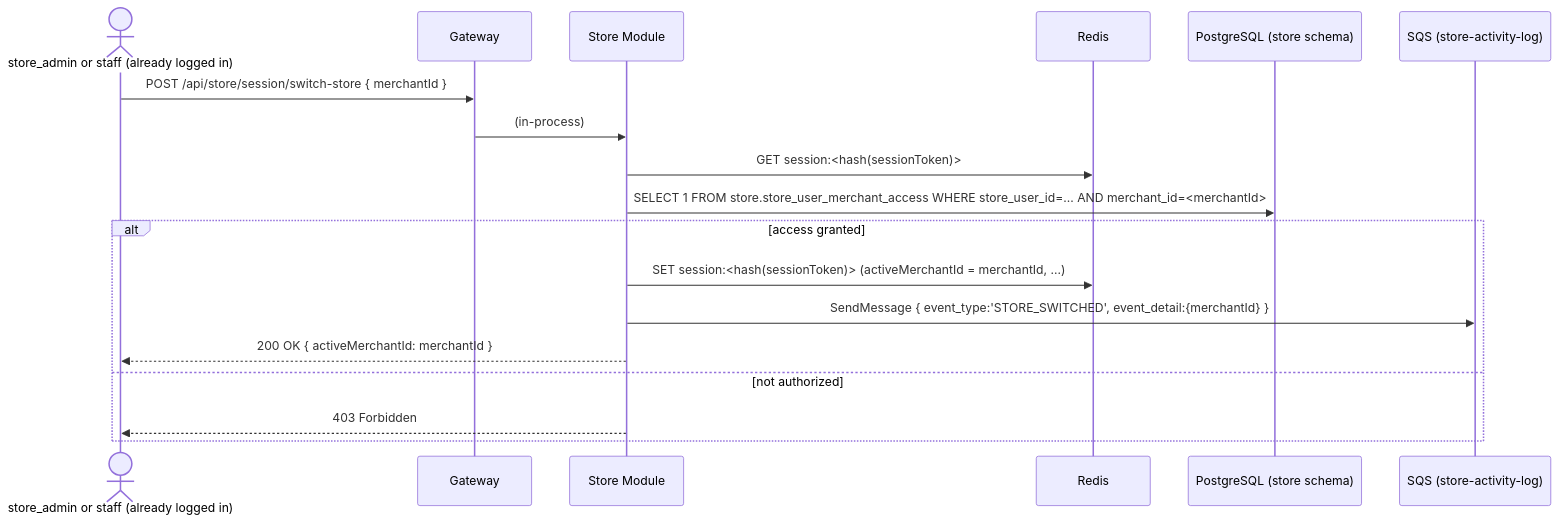
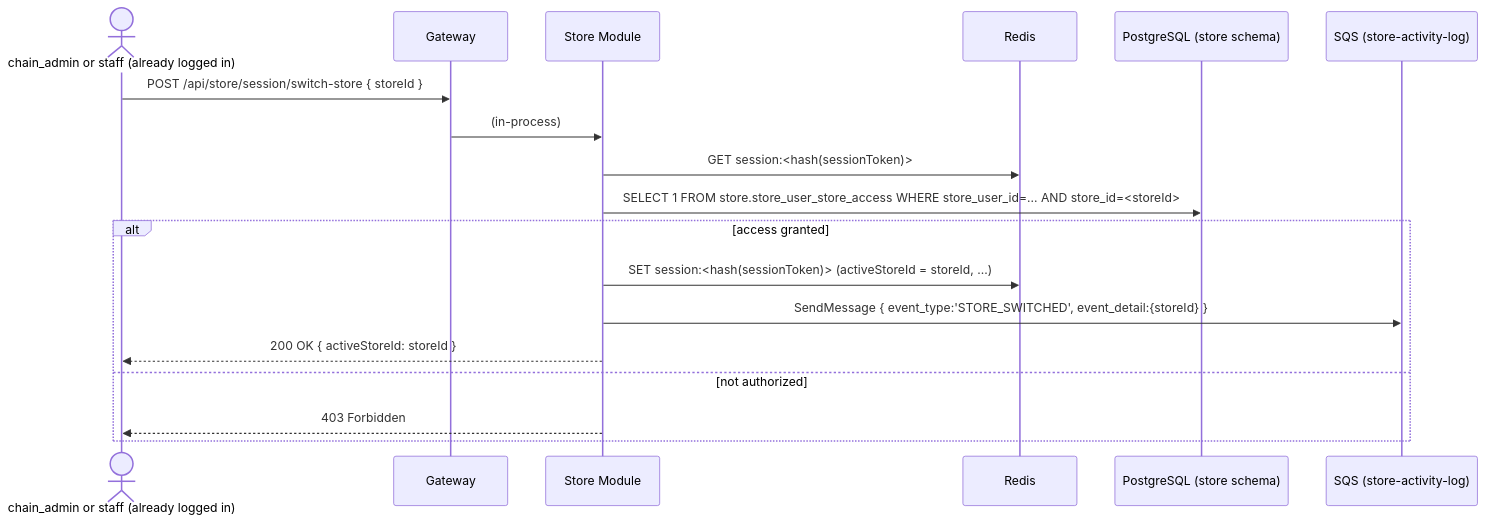
One commit to szhanggit/appointmentsystemdesign changed the sixth of 6 diagrams in usercasestudy/growayshop-registration-workflow.md. Above: the diagram before and after it, drawn with Mermaid. The commit also changed other lines of this file and 6 other files, not shown here.

Commit message:
merchant -> chain

````diff
--- a/usercasestudy/growayshop-registration-workflow.md
+++ b/usercasestudy/growayshop-registration-workflow.md
@@ -261,21 +323,21 @@
 ```mermaid
 sequenceDiagram
-    actor U as store_admin or staff (already logged in)
+    actor U as chain_admin or staff (already logged in)
     participant GW as Gateway
     participant SM as Store Module
     participant REDIS as Redis
     participant DB as PostgreSQL (store schema)
     participant SQSQ as SQS (store-activity-log)
 
-    U->>GW: POST /api/store/session/switch-store { merchantId }
+    U->>GW: POST /api/store/session/switch-store { storeId }
     GW->>SM: (in-process)
     SM->>REDIS: GET session:<hash(sessionToken)>
-    SM->>DB: SELECT 1 FROM store.store_user_merchant_access WHERE store_user_id=... AND merchant_id=<merchantId>
+    SM->>DB: SELECT 1 FROM store.store_user_store_access WHERE store_user_id=... AND store_id=<storeId>
     alt access granted
-        SM->>REDIS: SET session:<hash(sessionToken)> (activeMerchantId = merchantId, ...)
-        SM->>SQSQ: SendMessage { event_type:'STORE_SWITCHED', event_detail:{merchantId} }
-        SM-->>U: 200 OK { activeMerchantId: merchantId }
+        SM->>REDIS: SET session:<hash(sessionToken)> (activeStoreId = storeId, ...)
+        SM->>SQSQ: SendMessage { event_type:'STORE_SWITCHED', event_detail:{storeId} }
+        SM-->>U: 200 OK { activeStoreId: storeId }
     else not authorized
         SM-->>U: 403 Forbidden
     end
 ```
````
